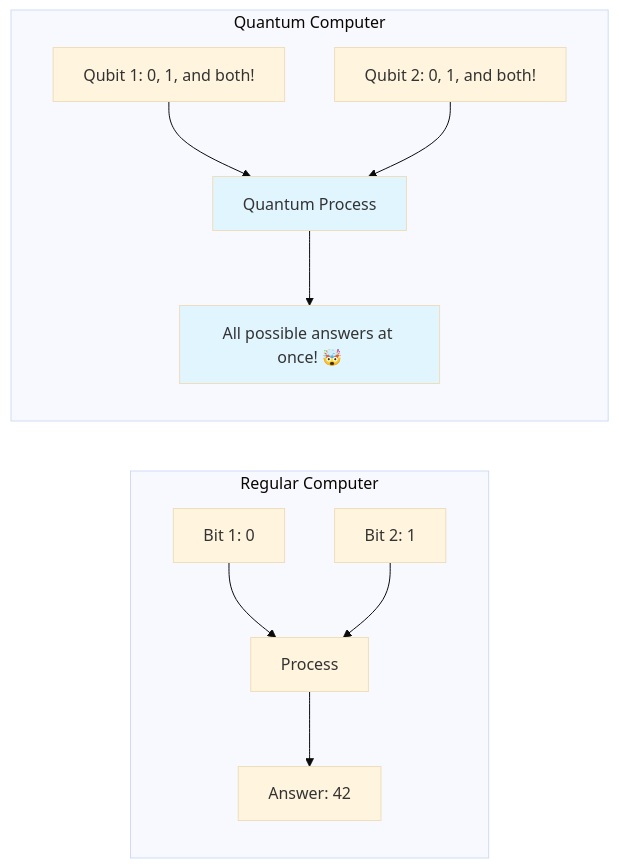
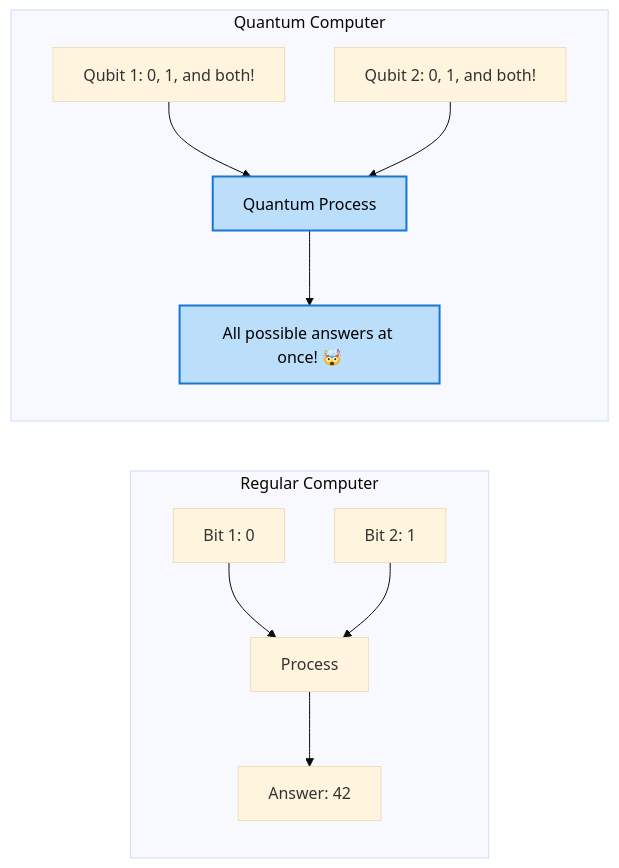
Diagram 12 of 16 in docs/signal_protocol_for_kids.md (prabhatg/signal_crypto_lib), drawn with Mermaid (base theme) before and after one commit. The commit also changed other lines of this file and 1 other file, not shown here.

Commit message:
Documentation diagram updates

````diff
--- a/docs/signal_protocol_for_kids.md
+++ b/docs/signal_protocol_for_kids.md
@@ -331,17 +331,17 @@
 ```mermaid
 graph LR
     subgraph "Regular Computer"
         A[Bit 1: 0] --> C[Process]
         B[Bit 2: 1] --> C
         C --> D[Answer: 42]
     end
     
     subgraph "Quantum Computer"
         E[Qubit 1: 0, 1, and both!] --> G[Quantum Process]
         F[Qubit 2: 0, 1, and both!] --> G
         G --> H[All possible answers at once! 🤯]
     end
     
-    style G fill:#e1f5fe
-    style H fill:#e1f5fe
+    style G fill:#bbdefb,stroke:#1976d2,stroke-width:2px,color:#000
+    style H fill:#bbdefb,stroke:#1976d2,stroke-width:2px,color:#000
 ```
````
